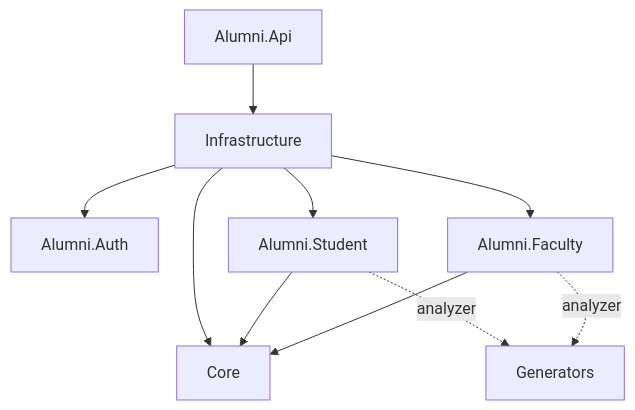
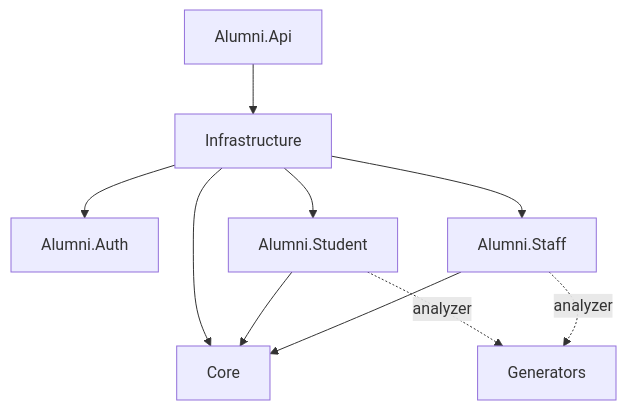
The first of 2 diagrams in docs/Architecture.md (MihirJayavant/AlumniService), drawn with Mermaid before and after one commit. The commit also changed other lines of this file and 56 other files, not shown here.

````diff
--- a/docs/Architecture.md
+++ b/docs/Architecture.md
@@ -23,12 +23,12 @@
 ```mermaid
 flowchart TD
     API[Alumni.Api] --> Infra[Infrastructure]
     Infra --> Auth[Alumni.Auth]
     Infra --> Student[Alumni.Student]
-    Infra --> Faculty[Alumni.Faculty]
+    Infra --> Faculty[Alumni.Staff]
     Infra --> Core[Core]
     Student --> Core
     Faculty --> Core
     Student -. analyzer .-> Gen[Generators]
     Faculty -. analyzer .-> Gen
 ```
````
